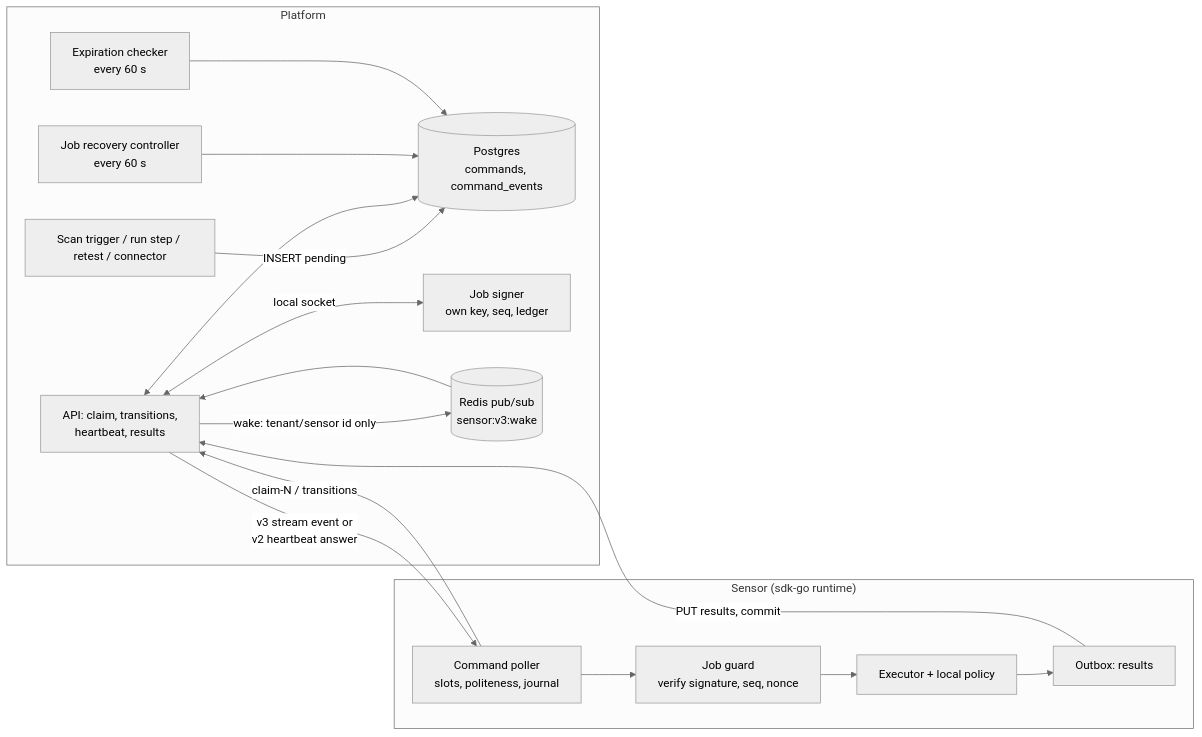
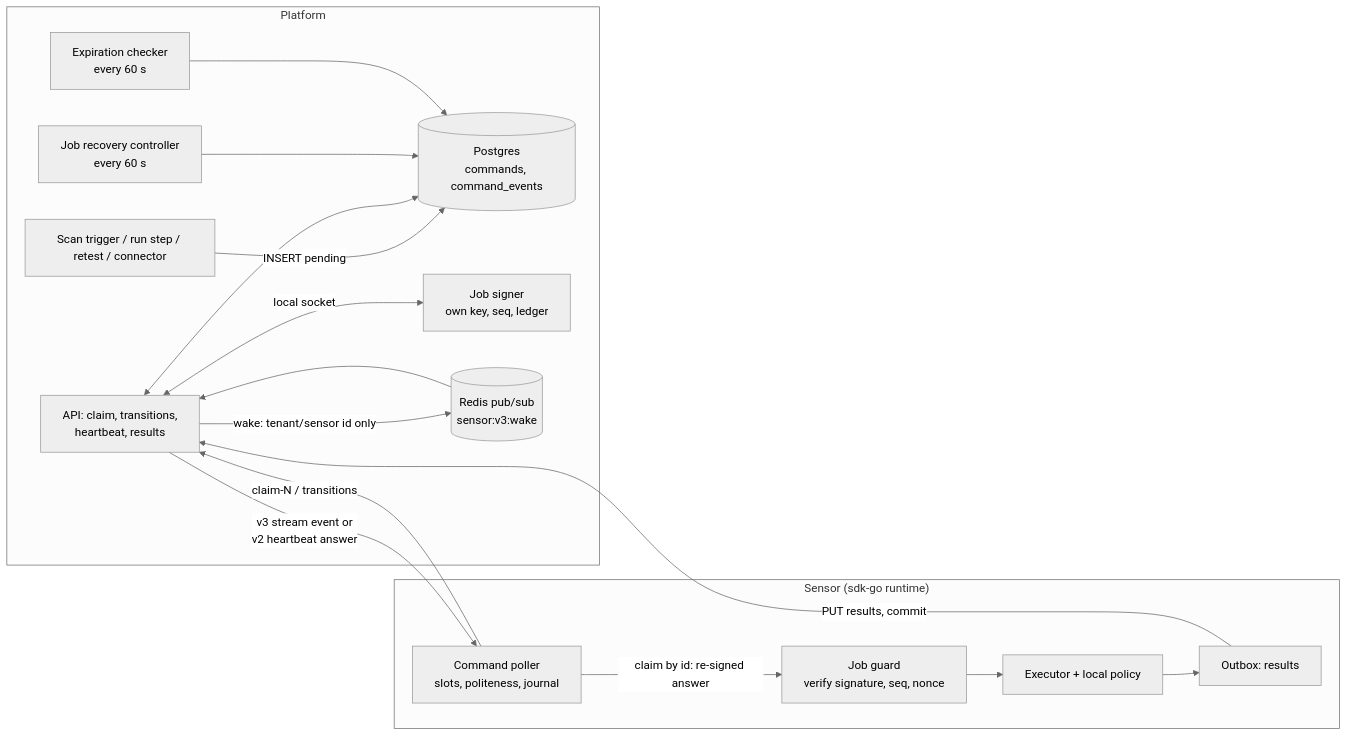
One commit to openctemio/openctem changed the first of 10 diagrams in api/docs/architecture/job-dispatch.md. Above: the diagram before and after it, drawn with Mermaid (neutral theme). The commit also changed other lines of this file and 11 other files, not shown here.

First line of the commit message:
docs(architecture): verified flow diagrams for scans, dispatch and ingest

````diff
--- a/api/docs/architecture/job-dispatch.md
+++ b/api/docs/architecture/job-dispatch.md
@@ -62,20 +65,20 @@
 ```mermaid
 flowchart LR
   subgraph Platform
     TR[Scan trigger / run step / retest / connector] -->|INSERT pending| DB[(Postgres<br/>commands, command_events)]
     API[API: claim, transitions,<br/>heartbeat, results] <--> DB
     API <-->|local socket| SG[Job signer<br/>own key, seq, ledger]
     API -->|wake: tenant/sensor id only| R[(Redis pub/sub<br/>sensor:v3:wake)]
     R --> API
     RC[Job recovery controller<br/>every 60 s] --> DB
     EC[Expiration checker<br/>every 60 s] --> DB
   end
   subgraph Sensor["Sensor (sdk-go runtime)"]
-    P[Command poller<br/>slots, politeness, journal] --> V[Job guard<br/>verify signature, seq, nonce]
+    P[Command poller<br/>slots, politeness, journal] -->|claim by id: re-signed answer| V[Job guard<br/>verify signature, seq, nonce]
     V --> X[Executor + local policy]
     X --> O[Outbox: results]
   end
   P -->|claim-N / transitions| API
   API -->|v3 stream event or<br/>v2 heartbeat answer| P
   O -->|PUT results, commit| API
 ```
````
